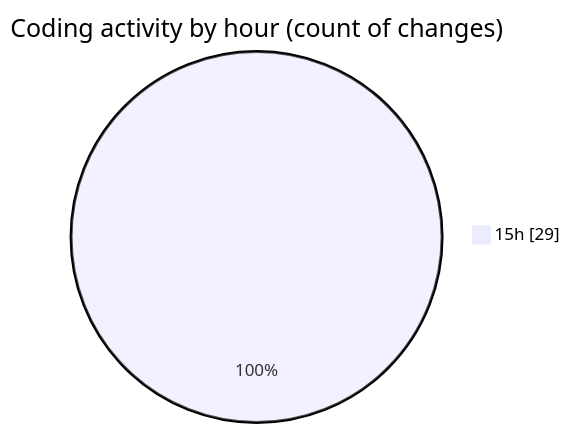
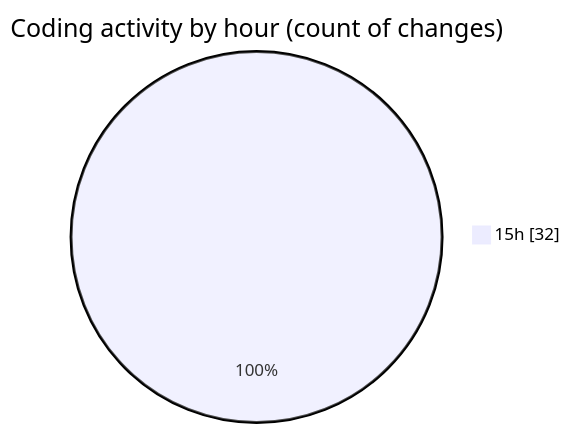
The second of 2 diagrams in 2025-09-08/cashcalculator/README.md (nxtqubesakshisongat/code-tracking), drawn with Mermaid before and after one commit. The commit also changed other lines of this file and 1 other file, not shown here.

````diff
--- a/2025-09-08/cashcalculator/README.md
+++ b/2025-09-08/cashcalculator/README.md
@@ -28,5 +28,5 @@
 ```mermaid
 pie showData
 title Coding activity by hour (count of changes)
-"15h" : 29
+"15h" : 32
 ```
````
